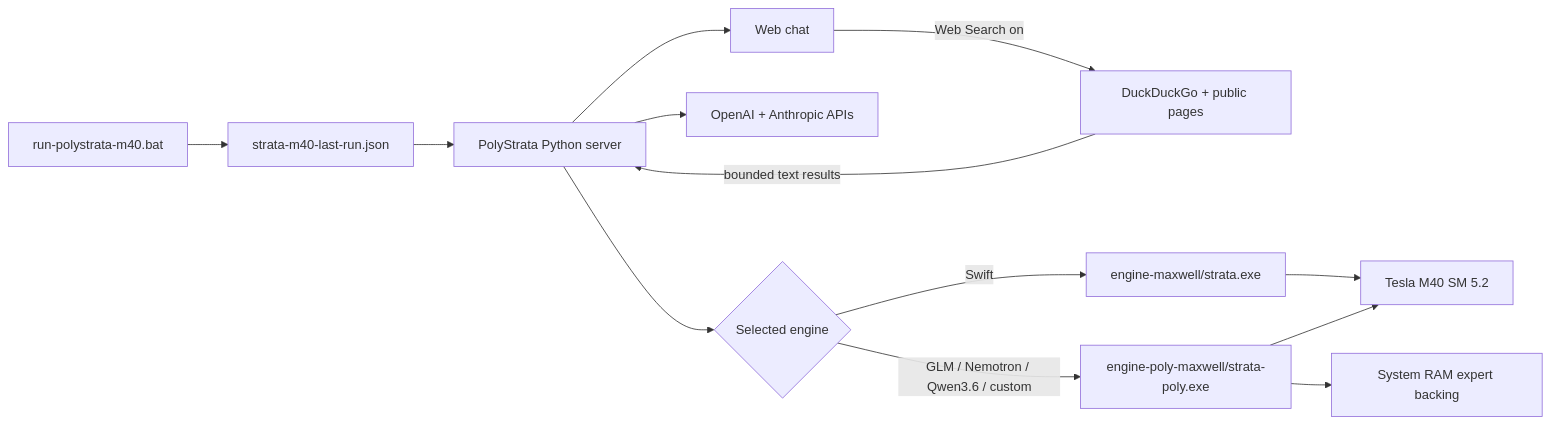
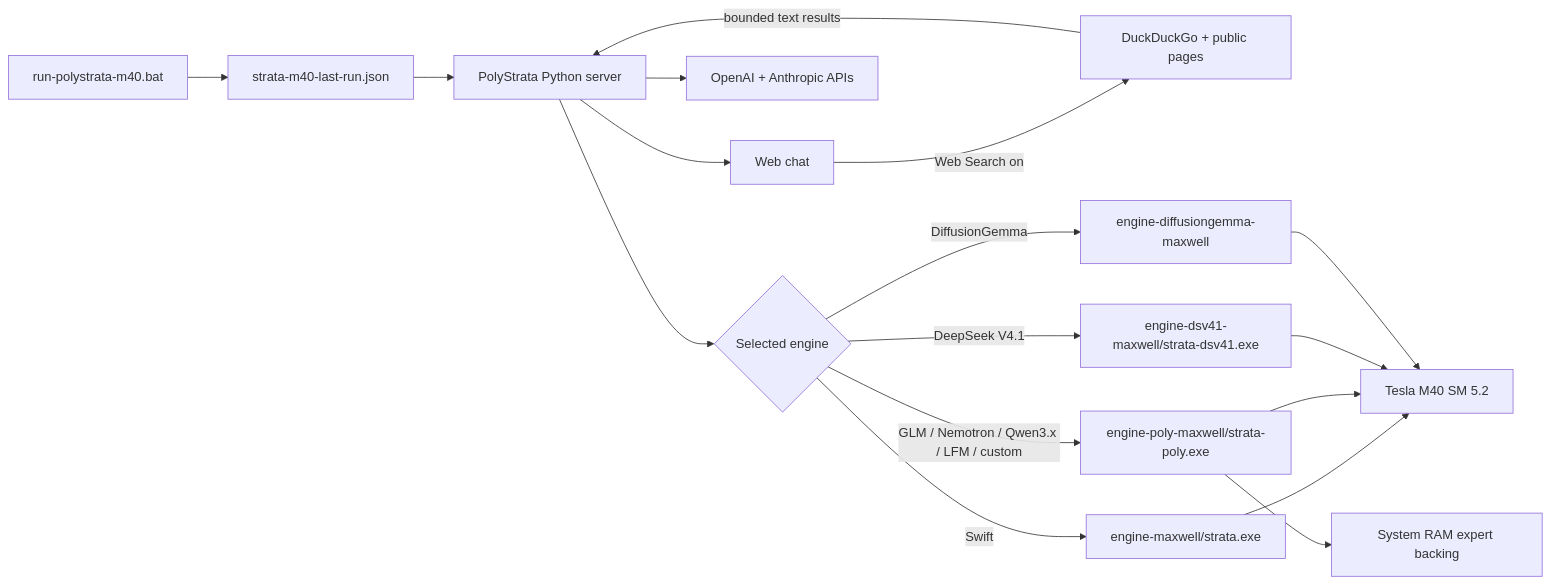
One commit to justlovett0/PolyStrata-TeslaM40 changed the diagram in README.md. Above: the diagram before and after it, drawn with Mermaid. The commit also changed other lines of this file and 121 other files, not shown here.

````diff
--- a/README.md
+++ b/README.md
@@ -179,15 +194,19 @@
 ```mermaid
 flowchart LR
     BAT[run-polystrata-m40.bat] --> CFG[strata-m40-last-run.json]
     CFG --> SERVER[PolyStrata Python server]
     SERVER --> UI[Web chat]
     SERVER --> API[OpenAI + Anthropic APIs]
     UI -->|Web Search on| DDG[DuckDuckGo + public pages]
     DDG -->|bounded text results| SERVER
     SERVER --> S{Selected engine}
     S -->|Swift| CORE[engine-maxwell/strata.exe]
-    S -->|GLM / Nemotron / Qwen3.6 / custom| POLY[engine-poly-maxwell/strata-poly.exe]
+    S -->|GLM / Nemotron / Qwen3.x / LFM / custom| POLY[engine-poly-maxwell/strata-poly.exe]
+    S -->|DeepSeek V4.1| DSV[engine-dsv41-maxwell/strata-dsv41.exe]
+    S -->|DiffusionGemma| DIFF[engine-diffusiongemma-maxwell]
     CORE --> GPU[Tesla M40 SM 5.2]
     POLY --> GPU
+    DSV --> GPU
+    DIFF --> GPU
     POLY --> RAM[System RAM expert backing]
 ```
````
